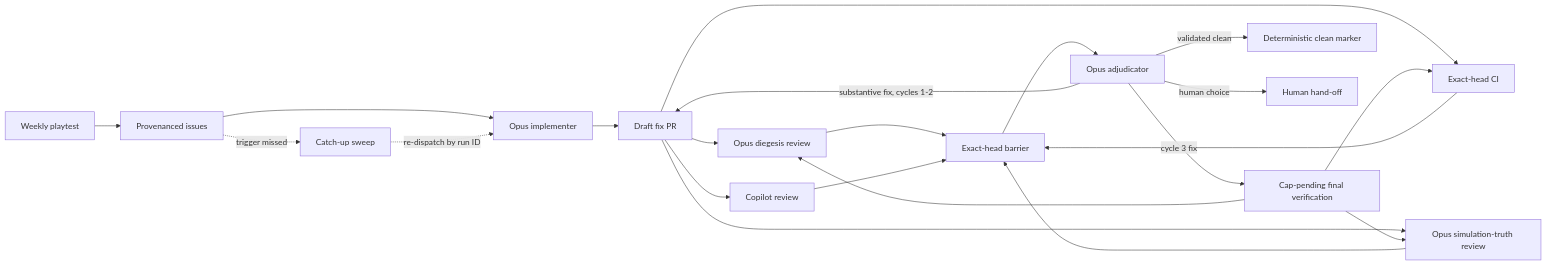
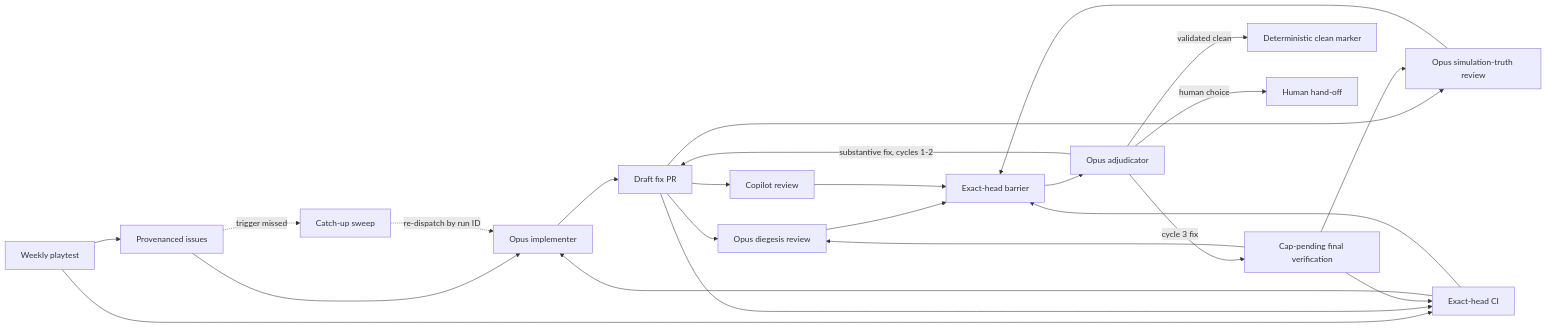
One commit to amomand/custodian changed the diagram in .github/AGENTIC_PLAYTEST.md. Above: the diagram before and after it, drawn with Mermaid. The commit also changed other lines of this file and 6 other files, not shown here.

````diff
--- a/.github/AGENTIC_PLAYTEST.md
+++ b/.github/AGENTIC_PLAYTEST.md
@@ -11,24 +11,26 @@
 ```mermaid
 flowchart LR
   P["Weekly playtest"] --> I["Provenanced issues"]
+  P --> T["Deterministic trigger"]
   I --> F["Opus implementer"]
+  T --> F
   I -.->|"trigger missed"| K["Catch-up sweep"]
   K -.->|"re-dispatch by run ID"| F
   F --> PR["Draft fix PR"]
   PR --> D["Opus diegesis review"]
   PR --> S["Opus simulation-truth review"]
   PR --> C["Copilot review"]
   D --> B["Exact-head barrier"]
   S --> B
   C --> B
   PR --> T["Exact-head CI"]
   T --> B
   B --> A["Opus adjudicator"]
   A -->|"substantive fix, cycles 1-2"| PR
   A -->|"cycle 3 fix"| V["Cap-pending final verification"]
   V --> T
   V --> D
   V --> S
   A -->|"validated clean"| X["Deterministic clean marker"]
   A -->|"human choice"| H["Human hand-off"]
 ```
````
